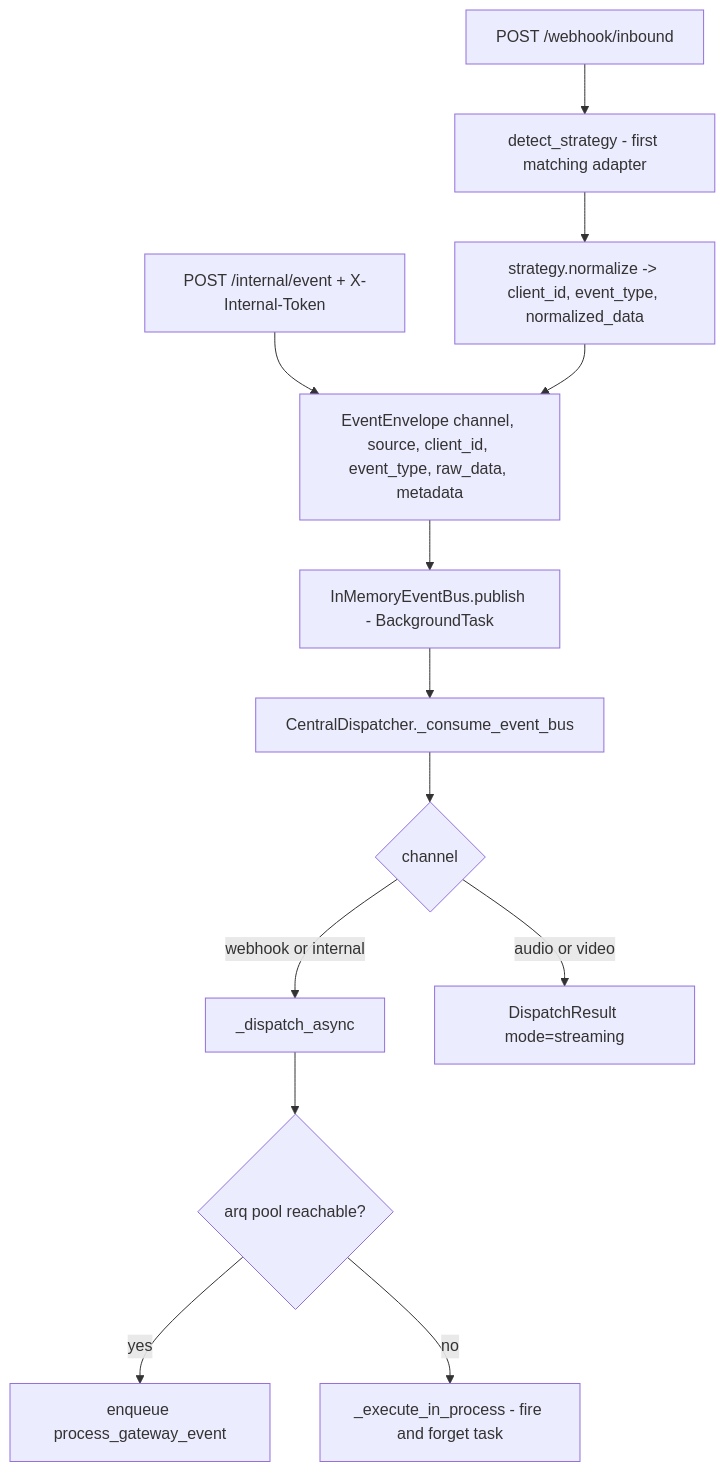
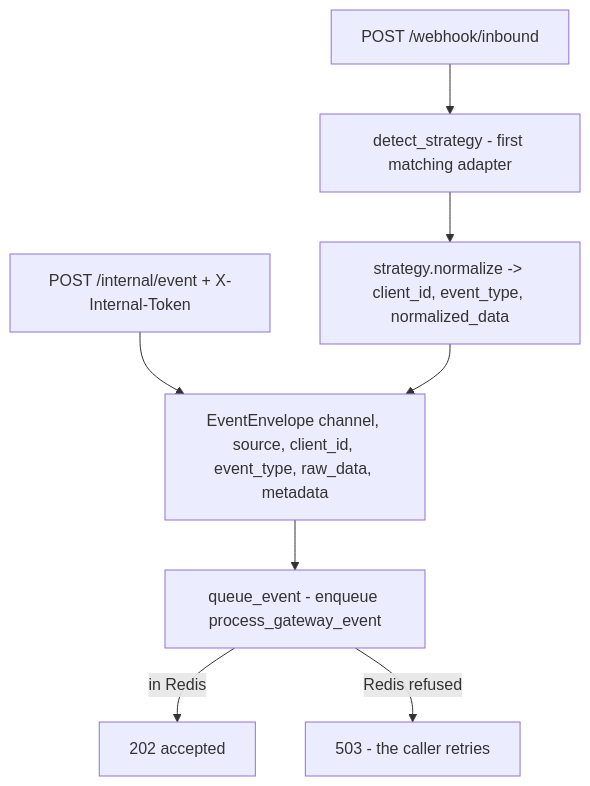
One commit to gondolerahul/hire-buddha-app changed diagram 12 of 19 in docs/current/02-system-architecture.md. Above: the diagram before and after it, drawn with Mermaid. The commit also changed other lines of this file and 15 other files, not shown here.

````diff
--- a/docs/current/02-system-architecture.md
+++ b/docs/current/02-system-architecture.md
@@ -829,15 +827,10 @@
 ```mermaid
 flowchart TD
     W["POST /webhook/inbound"] --> DET["detect_strategy - first matching adapter"]
     DET --> NORM["strategy.normalize -> client_id, event_type, normalized_data"]
     I["POST /internal/event + X-Internal-Token"] --> ENV
     NORM --> ENV["EventEnvelope channel, source, client_id, event_type, raw_data, metadata"]
-    ENV --> BUS["InMemoryEventBus.publish - BackgroundTask"]
-    BUS --> DISP["CentralDispatcher._consume_event_bus"]
-    DISP --> CH{"channel"}
-    CH -->|"webhook or internal"| ASYNC["_dispatch_async"]
-    CH -->|"audio or video"| STREAM["DispatchResult mode=streaming"]
-    ASYNC --> ARQ{"arq pool reachable?"}
-    ARQ -->|yes| JOB["enqueue process_gateway_event"]
-    ARQ -->|no| INPROC["_execute_in_process - fire and forget task"]
+    ENV --> Q["queue_event - enqueue process_gateway_event"]
+    Q -->|"in Redis"| OK["202 accepted"]
+    Q -->|"Redis refused"| NO["503 - the caller retries"]
 ```
````
